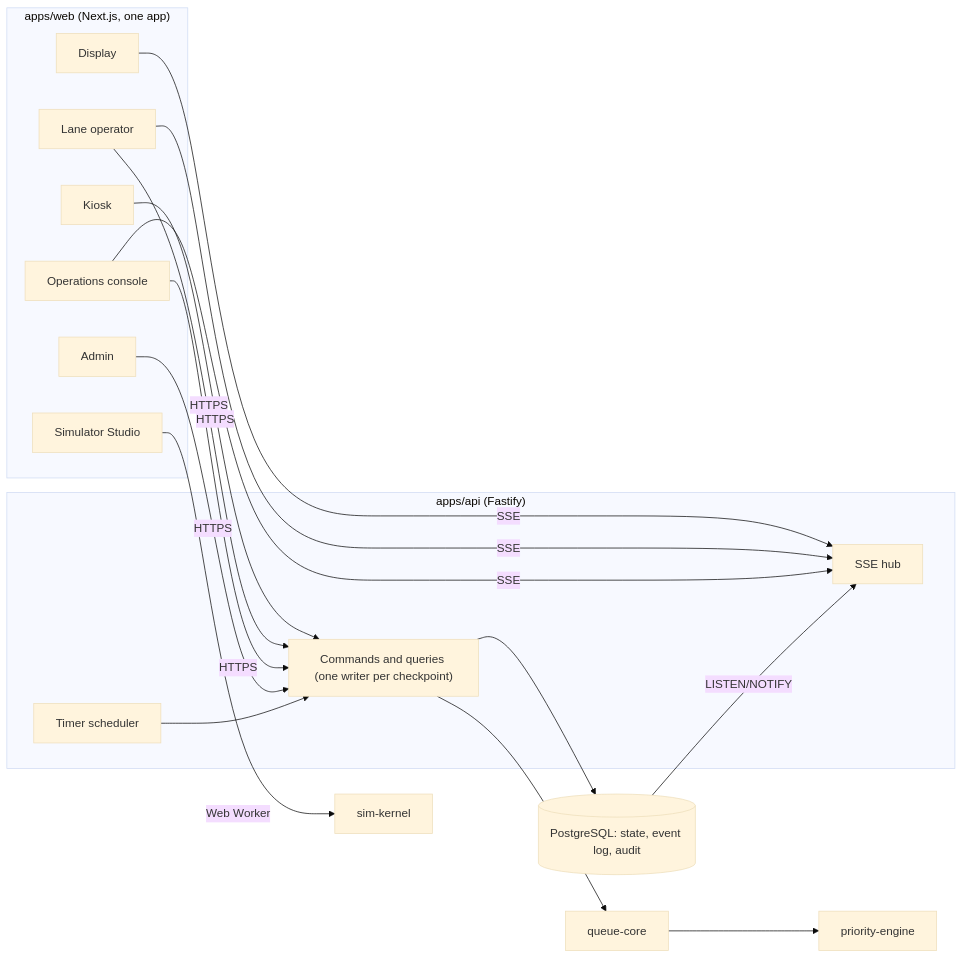
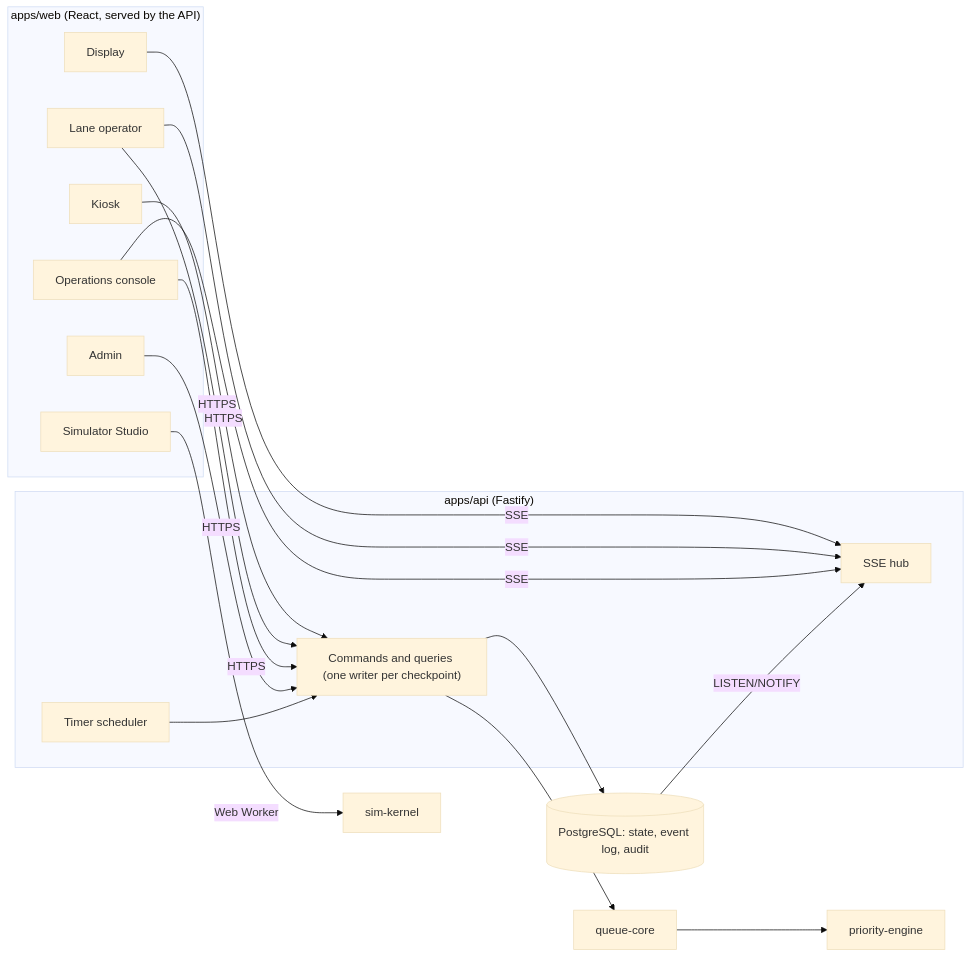
The fourth of 4 diagrams in ARCHITECTURE.md (leviuzz/gaterush), drawn with Mermaid (base theme) before and after one commit. The commit also changed other lines of this file and 50 other files, not shown here.

````diff
--- a/ARCHITECTURE.md
+++ b/ARCHITECTURE.md
@@ -648,28 +697,28 @@
 ```mermaid
 flowchart LR
-  subgraph WEB["apps/web (Next.js, one app)"]
+  subgraph WEB["apps/web (React, served by the API)"]
     kiosk["Kiosk"]
     display["Display"]
     lane["Lane operator"]
     ops["Operations console"]
     admin["Admin"]
     studio["Simulator Studio"]
   end
   subgraph API["apps/api (Fastify)"]
     cmd["Commands and queries (one writer per checkpoint)"]
     sse["SSE hub"]
     timers["Timer scheduler"]
   end
   db[("PostgreSQL: state, event log, audit")]
   queue["queue-core"]
   engine["priority-engine"]
   simk["sim-kernel"]
   kiosk & lane & ops & admin -->|HTTPS| cmd
   display & lane & ops -->|SSE| sse
   studio -->|Web Worker| simk
   cmd --> queue
   queue --> engine
   cmd --> db
   db -->|LISTEN/NOTIFY| sse
   timers --> cmd
 ```
````
